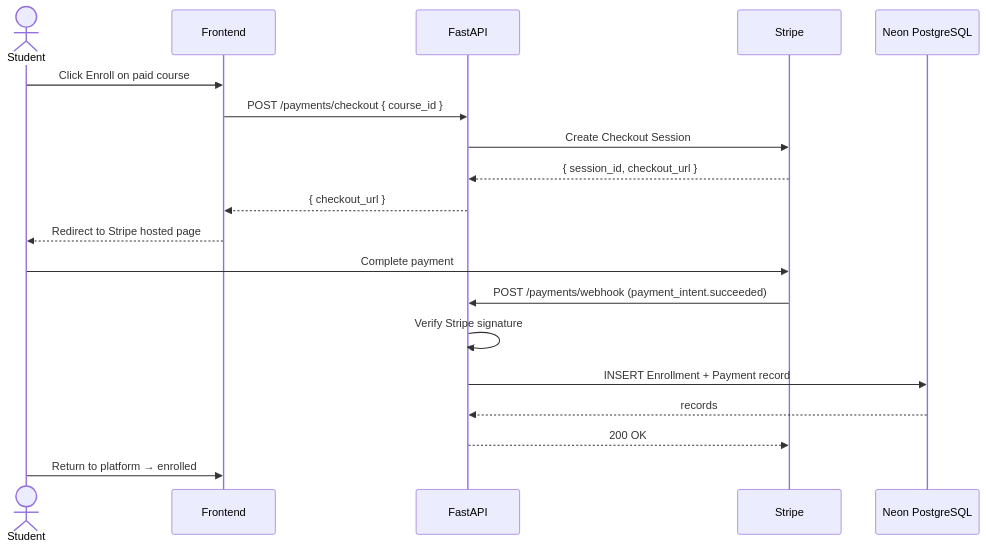
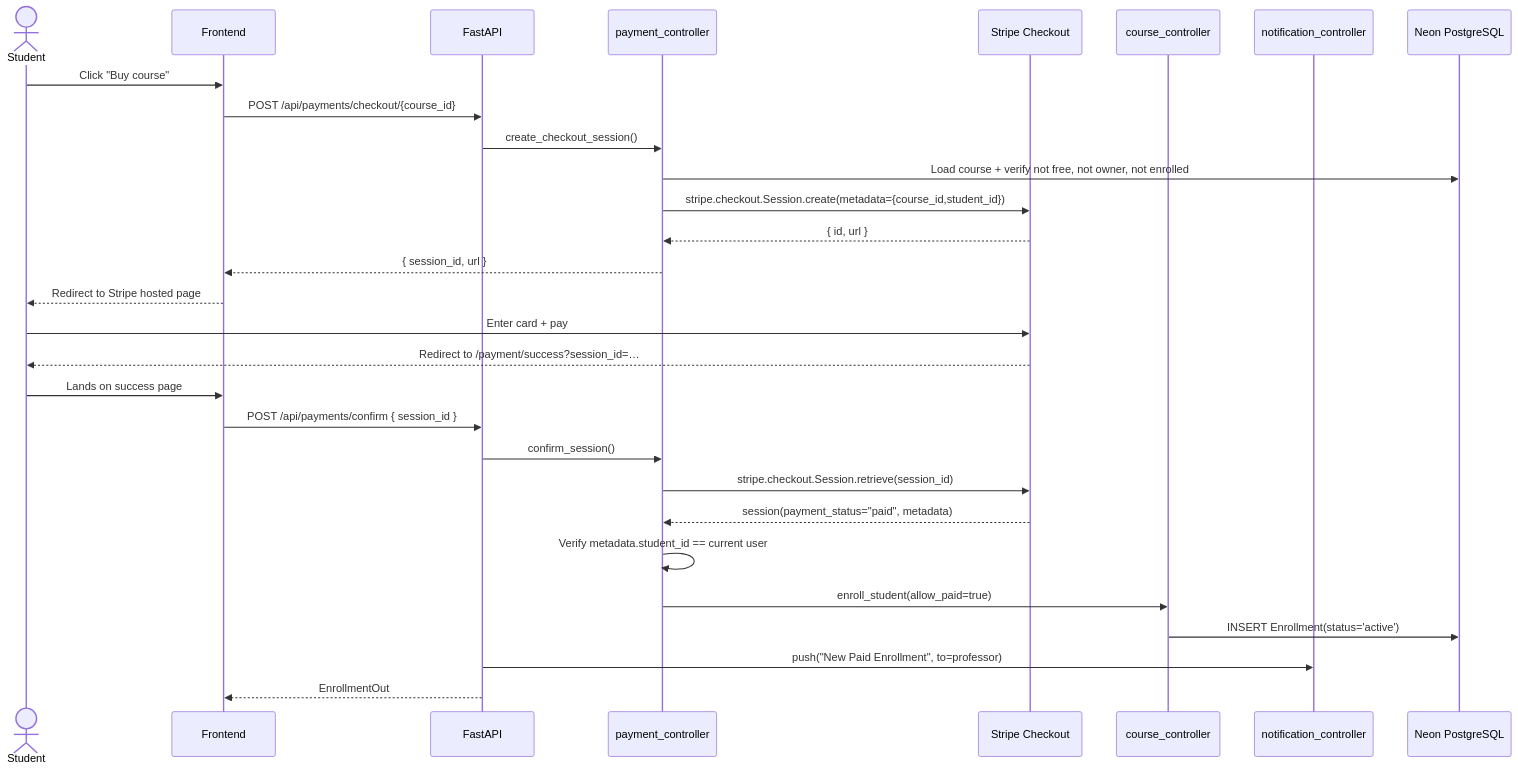
Before and after one commit to yazidha09/Hub4Learners: the third of 5 diagrams in docs/sprints/SPRINT_6.md, drawn with Mermaid. The commit also changed other lines of this file and 5 other files, not shown here.

````diff
--- a/docs/sprints/SPRINT_6.md
+++ b/docs/sprints/SPRINT_6.md
@@ -107,22 +143,33 @@
 ```mermaid
 sequenceDiagram
     actor Student
     participant Frontend
     participant FastAPI
-    participant Stripe
-    participant Neon PostgreSQL
+    participant PayCtrl as payment_controller
+    participant Stripe as Stripe Checkout
+    participant CourseCtrl as course_controller
+    participant Notif as notification_controller
+    participant DB as Neon PostgreSQL
 
-    Student->>Frontend: Click Enroll on paid course
-    Frontend->>FastAPI: POST /payments/checkout { course_id }
-    FastAPI->>Stripe: Create Checkout Session
-    Stripe-->>FastAPI: { session_id, checkout_url }
-    FastAPI-->>Frontend: { checkout_url }
+    Student->>Frontend: Click "Buy course"
+    Frontend->>FastAPI: POST /api/payments/checkout/{course_id}
+    FastAPI->>PayCtrl: create_checkout_session()
+    PayCtrl->>DB: Load course + verify not free, not owner, not enrolled
+    PayCtrl->>Stripe: stripe.checkout.Session.create(metadata={course_id,student_id})
+    Stripe-->>PayCtrl: { id, url }
+    PayCtrl-->>Frontend: { session_id, url }
     Frontend-->>Student: Redirect to Stripe hosted page
-    Student->>Stripe: Complete payment
-    Stripe->>FastAPI: POST /payments/webhook (payment_intent.succeeded)
-    FastAPI->>FastAPI: Verify Stripe signature
-    FastAPI->>Neon PostgreSQL: INSERT Enrollment + Payment record
-    Neon PostgreSQL-->>FastAPI: records
-    FastAPI-->>Stripe: 200 OK
-    Student->>Frontend: Return to platform → enrolled
+
+    Student->>Stripe: Enter card + pay
+    Stripe-->>Student: Redirect to /payment/success?session_id=…
+    Student->>Frontend: Lands on success page
+    Frontend->>FastAPI: POST /api/payments/confirm { session_id }
+    FastAPI->>PayCtrl: confirm_session()
+    PayCtrl->>Stripe: stripe.checkout.Session.retrieve(session_id)
+    Stripe-->>PayCtrl: session(payment_status="paid", metadata)
+    PayCtrl->>PayCtrl: Verify metadata.student_id == current user
+    PayCtrl->>CourseCtrl: enroll_student(allow_paid=true)
+    CourseCtrl->>DB: INSERT Enrollment(status='active')
+    FastAPI->>Notif: push("New Paid Enrollment", to=professor)
+    FastAPI-->>Frontend: EnrollmentOut
 ```
````
